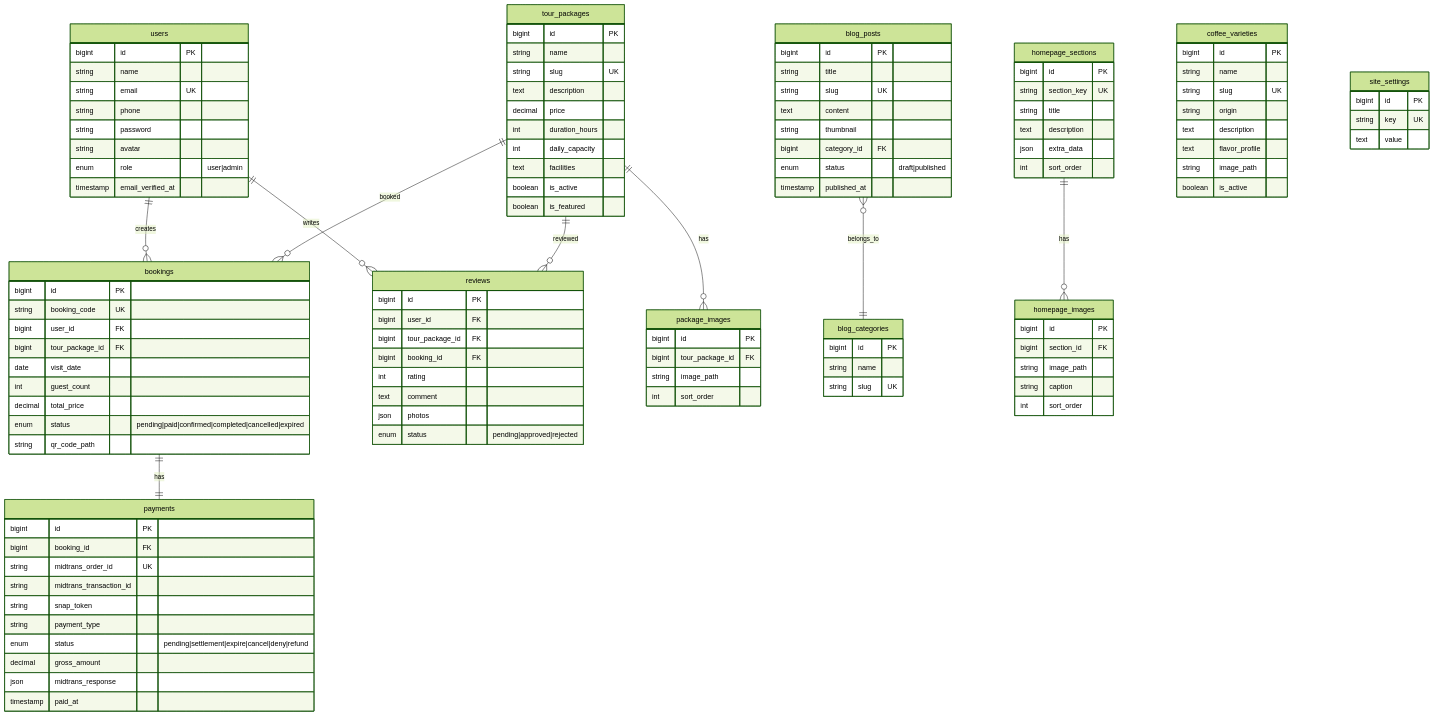
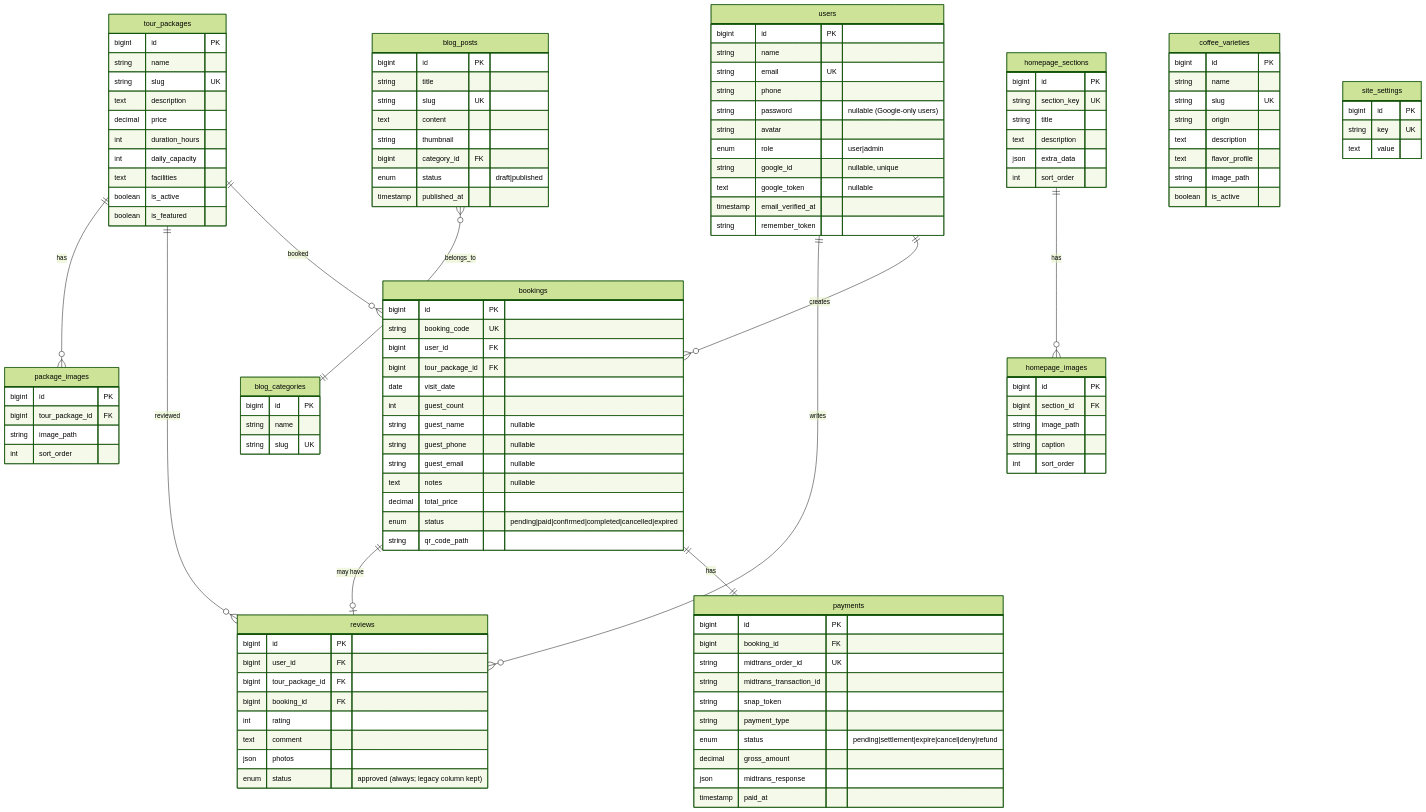
One commit to AleisterAtia/kopi_danau_atas changed the diagram in trd.md. Above: the diagram before and after it, drawn with Mermaid (forest theme). The commit also changed other lines of this file and 12 other files, not shown here.

```diff
--- a/trd.md
+++ b/trd.md
@@ -54,6 +113,7 @@
     tour_packages ||--o{ reviews : "reviewed"
     tour_packages ||--o{ package_images : "has"
     bookings ||--|| payments : "has"
+    bookings ||--o| reviews : "may have"
     blog_posts }o--|| blog_categories : "belongs_to"
     homepage_sections ||--o{ homepage_images : "has"
 
@@ -62,10 +122,13 @@
         string name
         string email UK
         string phone
-        string password
+        string password "nullable (Google-only users)"
         string avatar
         enum role "user|admin"
+        string google_id "nullable, unique"
+        text google_token "nullable"
         timestamp email_verified_at
+        string remember_token
     }
 
     tour_packages {
@@ -95,6 +158,10 @@
         bigint tour_package_id FK
         date visit_date
         int guest_count
+        string guest_name "nullable"
+        string guest_phone "nullable"
+        string guest_email "nullable"
+        text notes "nullable"
         decimal total_price
         enum status "pending|paid|confirmed|completed|cancelled|expired"
         string qr_code_path
@@ -121,7 +188,7 @@
         int rating
         text comment
         json photos
-        enum status "pending|approved|rejected"
+        enum status "approved (always; legacy column kept)"
     }
 
     blog_posts {
```
